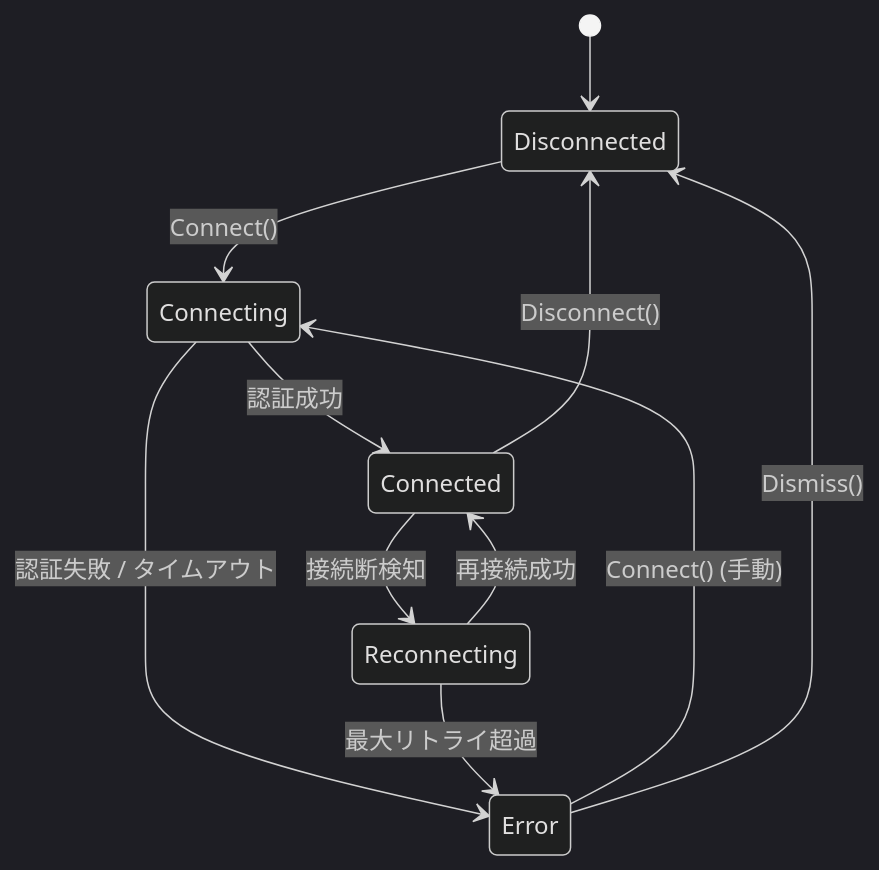
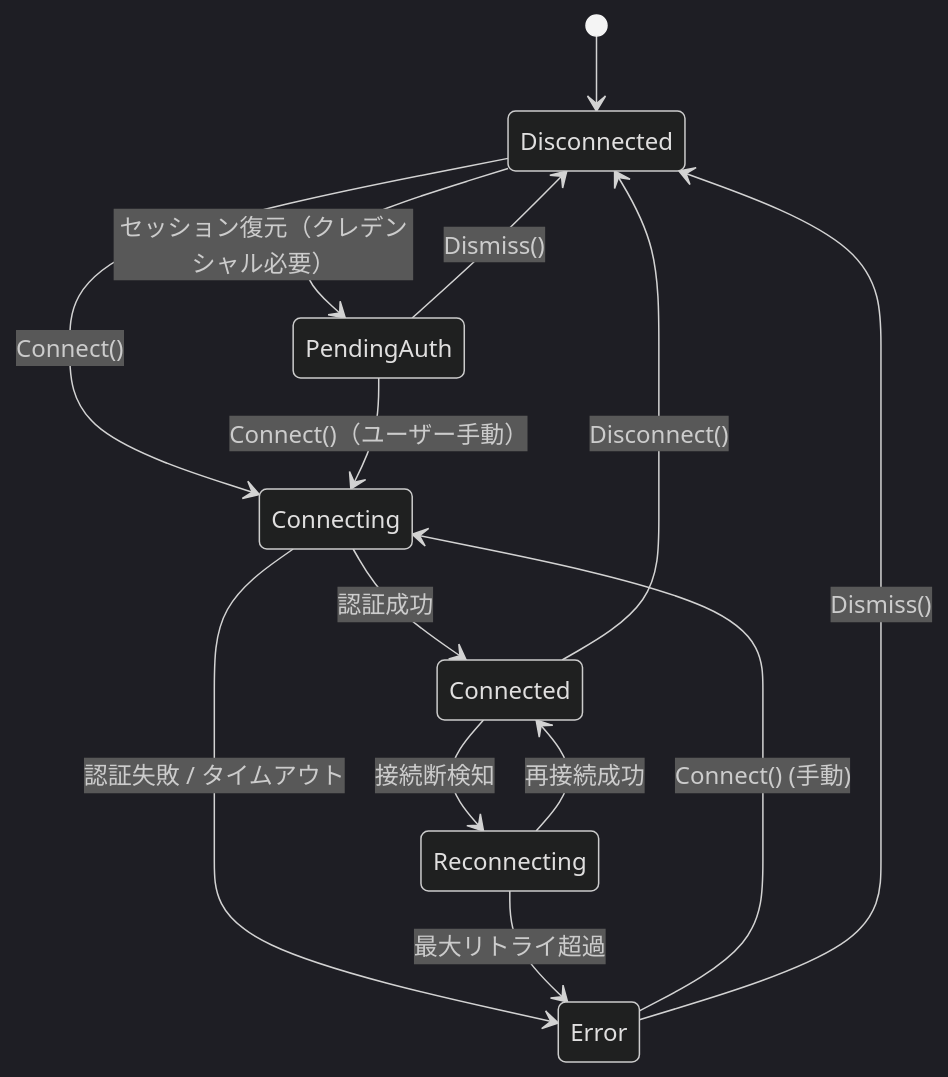
One commit to ousiassllc/MolePort changed the third of 4 diagrams in docs/architecture/data-model.md. Above: the diagram before and after it, drawn with Mermaid (dark theme). The commit also changed other lines of this file, not shown here.

Commit message:
docs: データモデルにクレデンシャル型定義と PendingAuth 状態を追加

````diff
--- a/docs/architecture/data-model.md
+++ b/docs/architecture/data-model.md
@@ -386,14 +388,17 @@
 ```mermaid
 stateDiagram-v2
     [*] --> Disconnected
 
     Disconnected --> Connecting : Connect()
+    Disconnected --> PendingAuth : セッション復元（クレデンシャル必要）
     Connecting --> Connected : 認証成功
     Connecting --> Error : 認証失敗 / タイムアウト
     Connected --> Disconnected : Disconnect()
     Connected --> Reconnecting : 接続断検知
     Reconnecting --> Connected : 再接続成功
     Reconnecting --> Error : 最大リトライ超過
+    PendingAuth --> Connecting : Connect()（ユーザー手動）
+    PendingAuth --> Disconnected : Dismiss()
     Error --> Connecting : Connect() (手動)
     Error --> Disconnected : Dismiss()
 ```
````
